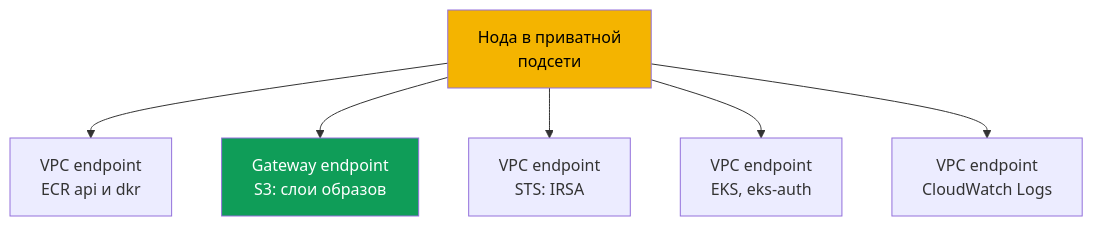
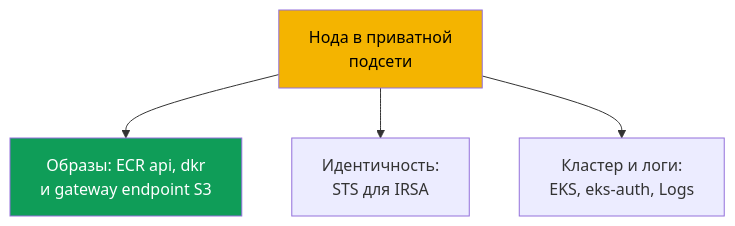
The second of 2 diagrams in tasks/eks/course/19/ru.md (ViktorUJ/cks), drawn with Mermaid before and after one commit. The commit also changed other lines of this file and 52 other files, not shown here.

````diff
--- a/tasks/eks/course/19/ru.md
+++ b/tasks/eks/course/19/ru.md
@@ -199,16 +193,8 @@
 ```mermaid
 flowchart TB
-    node["Нода в приватной<br>подсети"]
-    ecr["VPC endpoint<br>ECR api и dkr"]
-    s3["Gateway endpoint<br>S3: слои образов"]
-    sts["VPC endpoint<br>STS: IRSA"]
-    eks["VPC endpoint<br>EKS, eks-auth"]
-    logs["VPC endpoint<br>CloudWatch Logs"]
-    node --> ecr
-    node --> s3
-    node --> sts
-    node --> eks
-    node --> logs
+    node["Нода в приватной<br/>подсети"] --> img["Образы: ECR api, dkr<br/>и gateway endpoint S3"]
+    node --> idn["Идентичность:<br/>STS для IRSA"]
+    node --> ctl["Кластер и логи:<br/>EKS, eks-auth, Logs"]
     style node fill:#f4b400,color:#000
-    style s3 fill:#0f9d58,color:#fff
+    style img fill:#0f9d58,color:#fff
 ```
````
